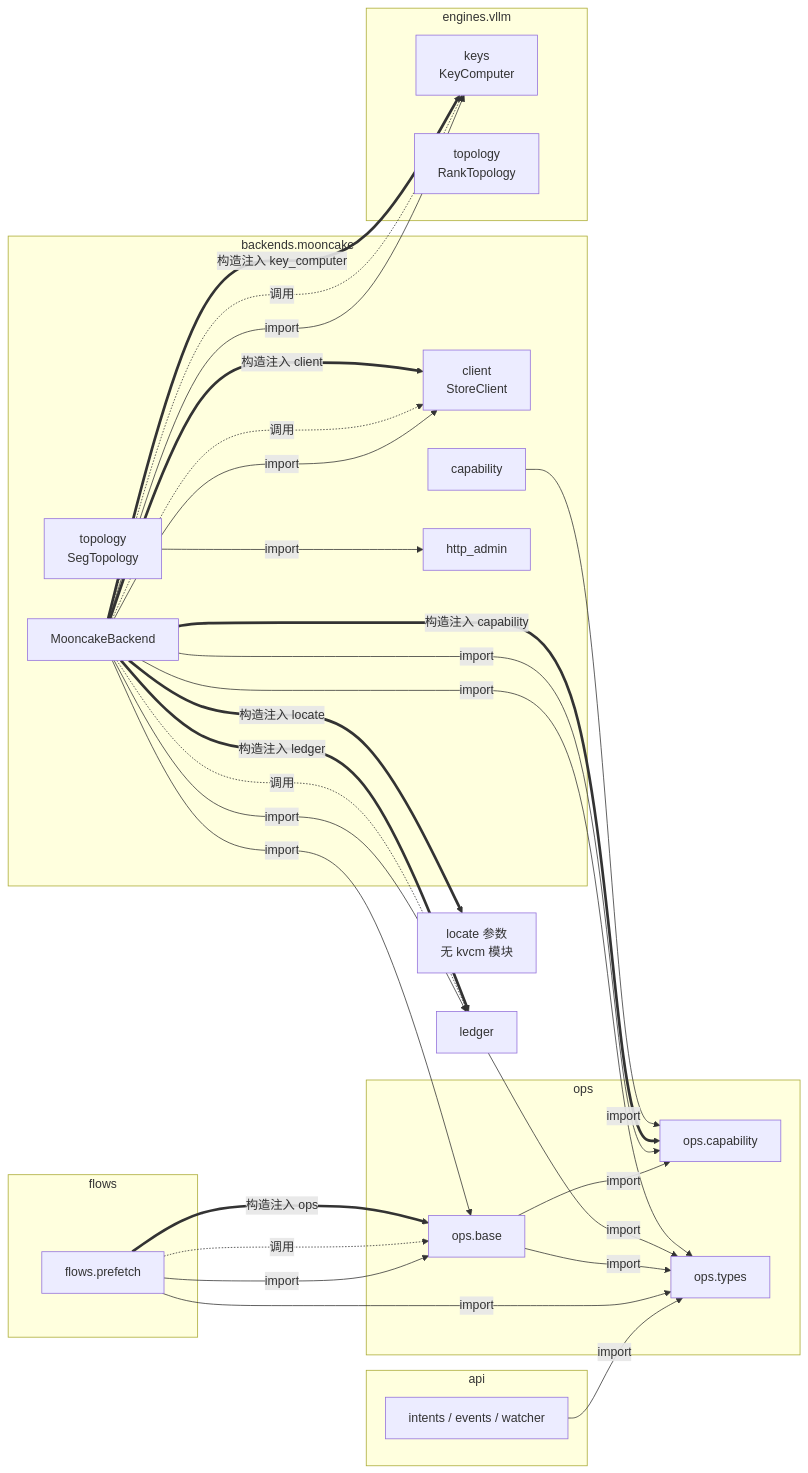
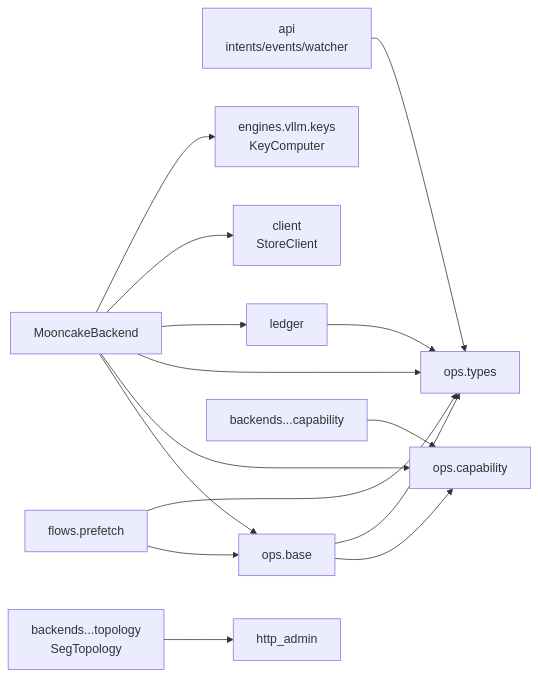
Before and after one commit to 5x8-40/lake: the third of 7 diagrams in kvcm/design/code-architecture.md, drawn with Mermaid. The commit also changed other lines of this file, not shown here.

First line of the commit message:
docs(kvcm): 文档 18 条意见重写——五层总览恢复、大白话全面替换

````diff
--- a/kvcm/design/code-architecture.md
+++ b/kvcm/design/code-architecture.md
@@ -224,54 +255,17 @@
 ```mermaid
 flowchart LR
-  subgraph gApi["api"]
-    Api["intents / events / watcher"]
-  end
-  subgraph gFlow["flows"]
-    Flow["flows.prefetch"]
-  end
-  subgraph gOps["ops"]
-    Base["ops.base"]
-    OCap["ops.capability"]
-    Types["ops.types"]
-  end
-  Led["ledger"]
-
-  subgraph gBe["backends.mooncake"]
-    BE["MooncakeBackend"]
-    SC["client<br/>StoreClient"]
-    McCap["capability"]
-    Seg["topology<br/>SegTopology"]
-    Http["http_admin"]
-  end
-  subgraph gEng["engines.vllm"]
-    KC["keys<br/>KeyComputer"]
-    RT["topology<br/>RankTopology"]
-  end
-  Loc["locate 参数<br/>无 kvcm 模块"]
-
-  Api -->|import| Types
-  Flow -->|import| Base
-  Flow -->|import| Types
-  Flow -.->|调用| Base
-  Flow ==>|构造注入 ops| Base
-  Base -->|import| OCap
-  Base -->|import| Types
-  Led -->|import| Types
-
-  BE -->|import| Base
-  BE -->|import| OCap
-  BE -->|import| Types
-  BE -->|import| Led
-  BE -->|import| SC
-  BE -->|import| KC
-  BE -.->|调用| SC
-  BE -.->|调用| KC
-  BE -.->|调用| Led
-  BE ==>|构造注入 client| SC
-  BE ==>|构造注入 key_computer| KC
-  BE ==>|构造注入 ledger| Led
-  BE ==>|构造注入 capability| OCap
-  BE ==>|构造注入 locate| Loc
-  McCap -->|import| OCap
-  Seg -->|import| Http
+  Api["api<br/>intents/events/watcher"] --> Types
+  Flow["flows.prefetch"] --> Base["ops.base"]
+  Flow --> Types["ops.types"]
+  Base --> OCap["ops.capability"]
+  Base --> Types
+  Led["ledger"] --> Types
+  BE["MooncakeBackend"] --> Base
+  BE --> OCap
+  BE --> Types
+  BE --> Led
+  BE --> SC["client<br/>StoreClient"]
+  BE --> KC["engines.vllm.keys<br/>KeyComputer"]
+  McCap["backends...capability"] --> OCap
+  Seg["backends...topology<br/>SegTopology"] --> Http["http_admin"]
 ```
````
